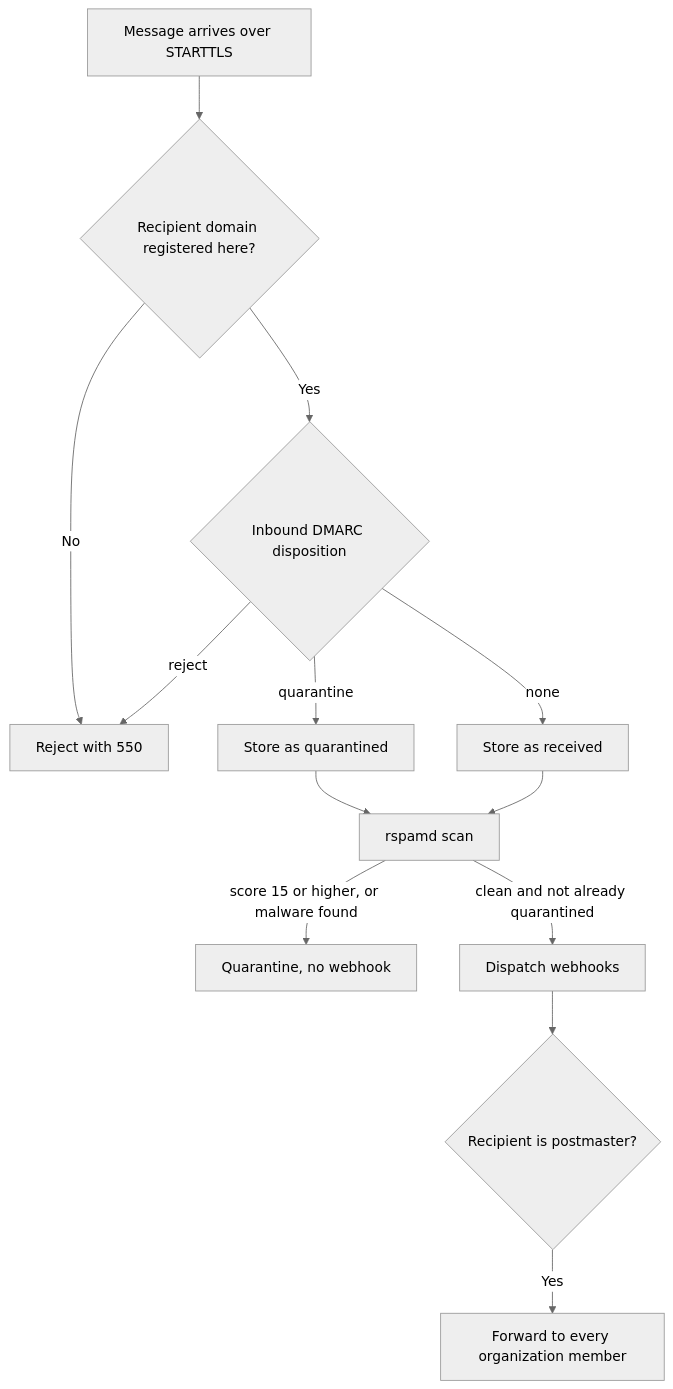
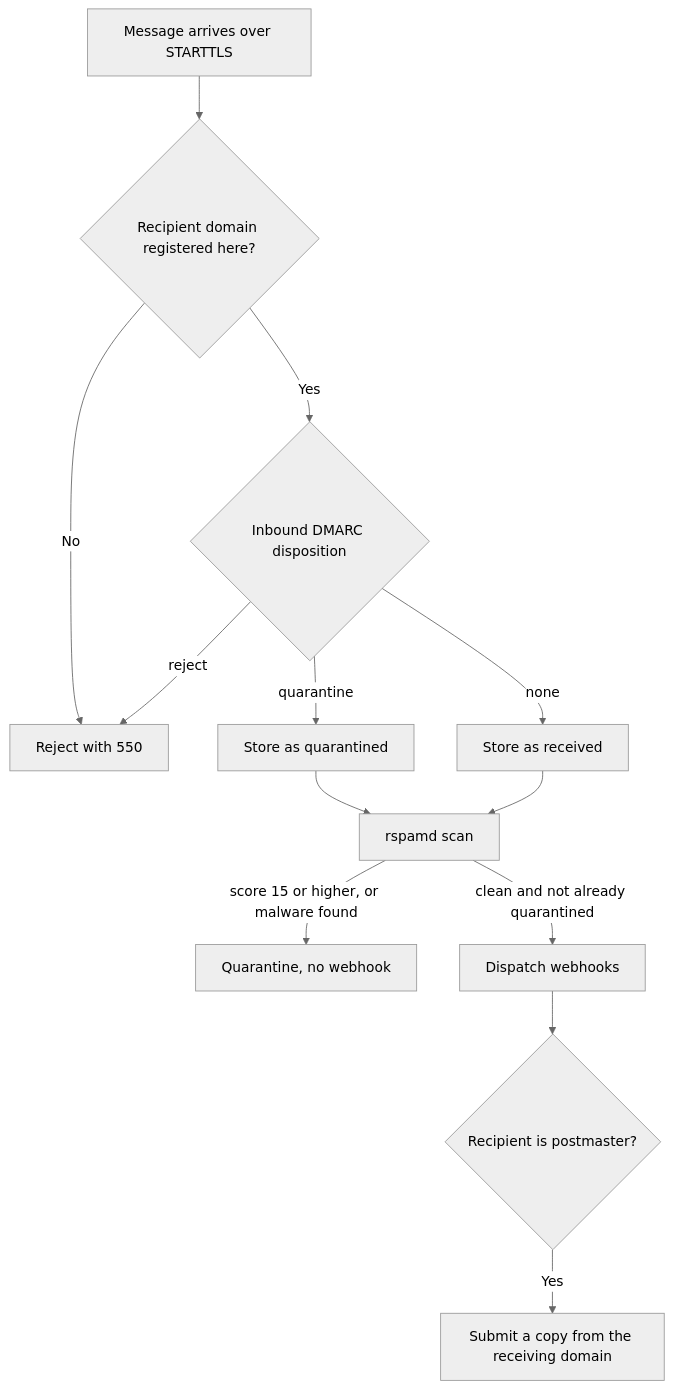
One commit to codingjoe/relay changed the diagram in docs/docs/security.md. Above: the diagram before and after it, drawn with Mermaid (neutral theme). The commit also changed other lines of this file and 8 other files, not shown here.

First line of the commit message:
Submit postmaster forwards from the receiving domain

````diff
--- a/docs/docs/security.md
+++ b/docs/docs/security.md
@@ -90,15 +90,15 @@
 ```mermaid
 flowchart TD
     A[Message arrives over STARTTLS] --> B{Recipient domain registered here?}
     B -- No --> C[Reject with 550]
     B -- Yes --> D{Inbound DMARC disposition}
     D -- reject --> C
     D -- quarantine --> E[Store as quarantined]
     D -- none --> F[Store as received]
     E --> G[rspamd scan]
     F --> G
     G -- score 15 or higher, or malware found --> H[Quarantine, no webhook]
     G -- clean and not already quarantined --> I[Dispatch webhooks]
     I --> J{Recipient is postmaster?}
-    J -- Yes --> K[Forward to every organization member]
+    J -- Yes --> K[Submit a copy from the receiving domain]
 ```
````
